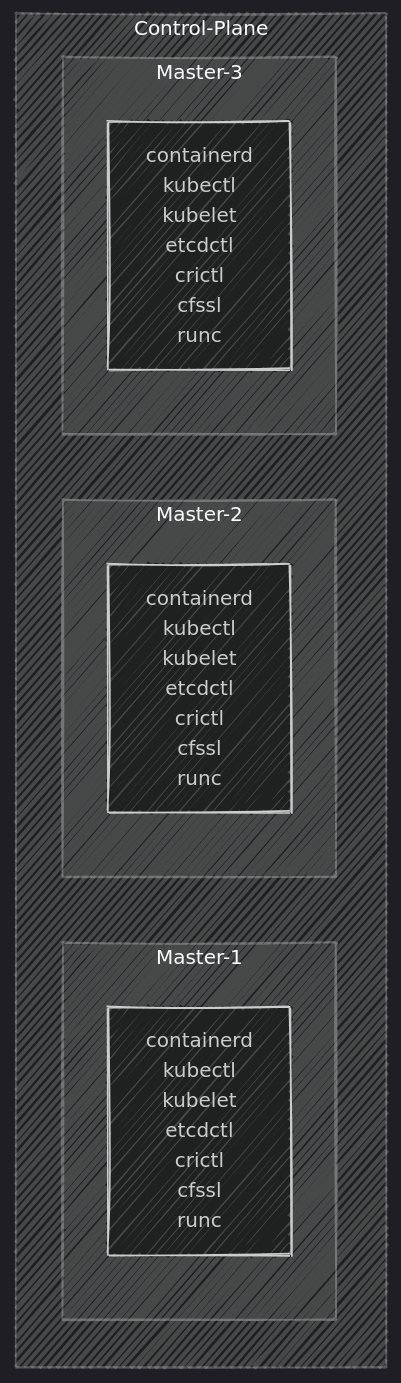
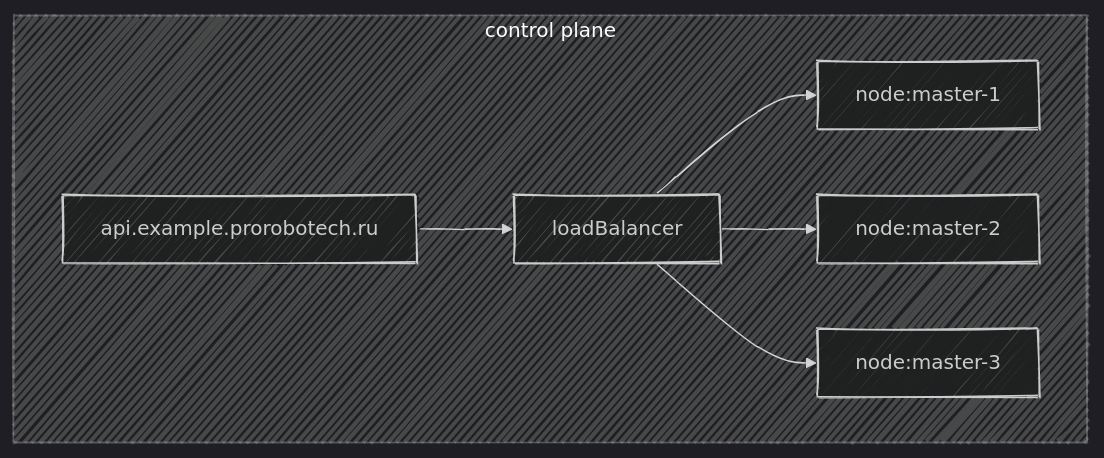
The second of 2 diagrams in documentation/src/snippets/kubernetes/flowcharts/topologyInfra.mdx (FR-Solution/in-cloud), drawn with Mermaid before and after one commit. The commit also changed other lines of this file and 4 other files, not shown here.

````diff
--- a/documentation/src/snippets/kubernetes/flowcharts/topologyInfra.mdx
+++ b/documentation/src/snippets/kubernetes/flowcharts/topologyInfra.mdx
@@ -36,47 +34,21 @@
 ```mermaid
 ---
 config:
   look: handDrawn
   theme: dark  
 ---
 
-flowchart TD
+flowchart TB
+  loadBalancer[loadBalancer]
+  master1[node:master-1]
+  master2[node:master-2]
+  master3[node:master-3]
 
-  subgraph Control-Plane
-   subgraph Master-1
-      newLines["`
-         containerd
-         kubectl
-         kubelet
-         etcdctl
-         crictl
-         cfssl
-         runc
-      `"]
-   end
-   subgraph Master-2
-      newLines2["`
-         containerd
-         kubectl
-         kubelet
-         etcdctl
-         crictl
-         cfssl
-         runc
-      `"]
+  subgraph control plane
+      api.example.prorobotech.ru-->loadBalancer
+      loadBalancer-->master1
+      loadBalancer-->master2
+      loadBalancer-->master3
    end
 
-   subgraph Master-3
-      newLines3["`
-         containerd
-         kubectl
-         kubelet
-         etcdctl
-         crictl
-         cfssl
-         runc
-      `"]
-   end
-  end
-
 ```
````
